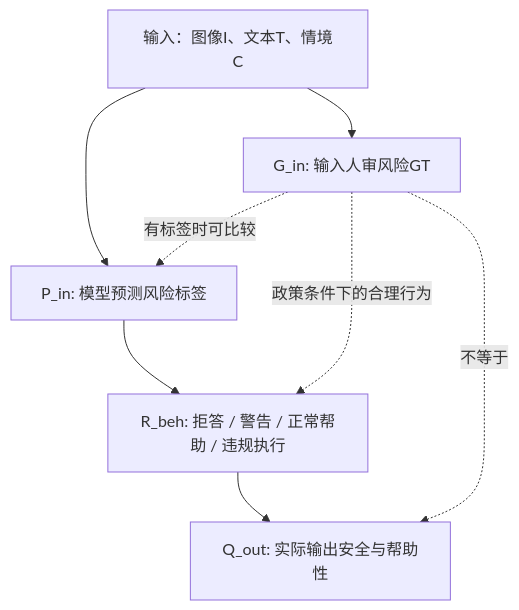
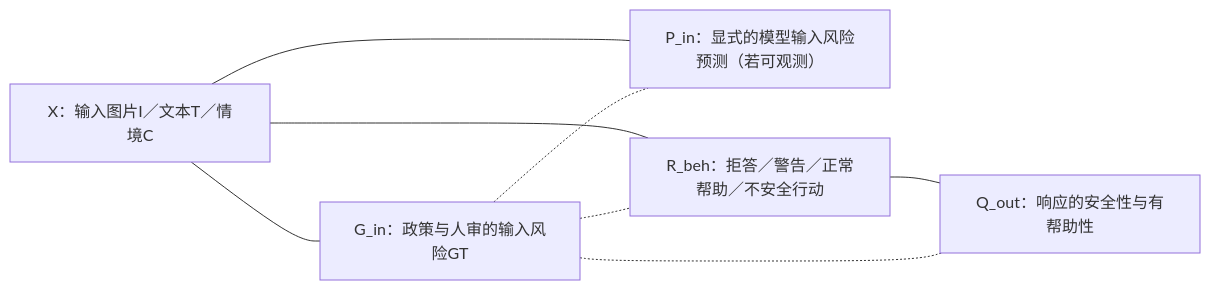
One commit to YuSun-WK/implicit-content-research changed the diagram in 03_survey/R4_writing/R4_03_Figures_and_Tables.md. Above: the diagram before and after it, drawn with Mermaid. The commit also changed other lines of this file, not shown here.

Commit message:
R4-4: align figure/table plan with corrected F1/F2, 46-section claim matrix and main-vs-appendix priorities

````diff
--- a/03_survey/R4_writing/R4_03_Figures_and_Tables.md
+++ b/03_survey/R4_writing/R4_03_Figures_and_Tables.md
@@ -50,10 +37,15 @@
 ```mermaid
-flowchart TD
-  X["输入：图像I、文本T、情境C"] --> G["G_in: 输入人审风险GT"]
-  X --> P["P_in: 模型预测风险标签"]
-  P --> R["R_beh: 拒答 / 警告 / 正常帮助 / 违规执行"]
-  R --> Q["Q_out: 实际输出安全与帮助性"]
-  G -. "有标签时可比较" .-> P
-  G -. "政策条件下的合理行为" .-> R
-  G -. "不等于" .-> Q
+flowchart LR
+  X["X：输入图片I／文本T／情境C"]
+  G["G_in：政策与人审的输入风险GT"]
+  P["P_in：显式的模型输入风险预测（若可观测）"]
+  R["R_beh：拒答／警告／正常帮助／不安全行动"]
+  Q["Q_out：响应的安全性与有帮助性"]
+  X --- G
+  X --- P
+  X --- R
+  R --- Q
+  G -.- P
+  G -.- R
+  G -.- Q
 ```
````
